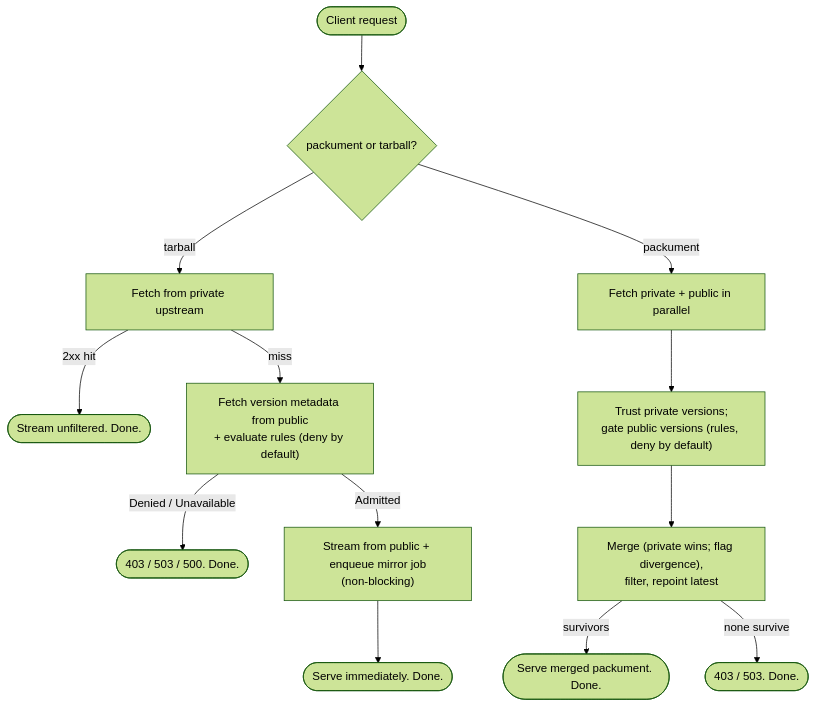
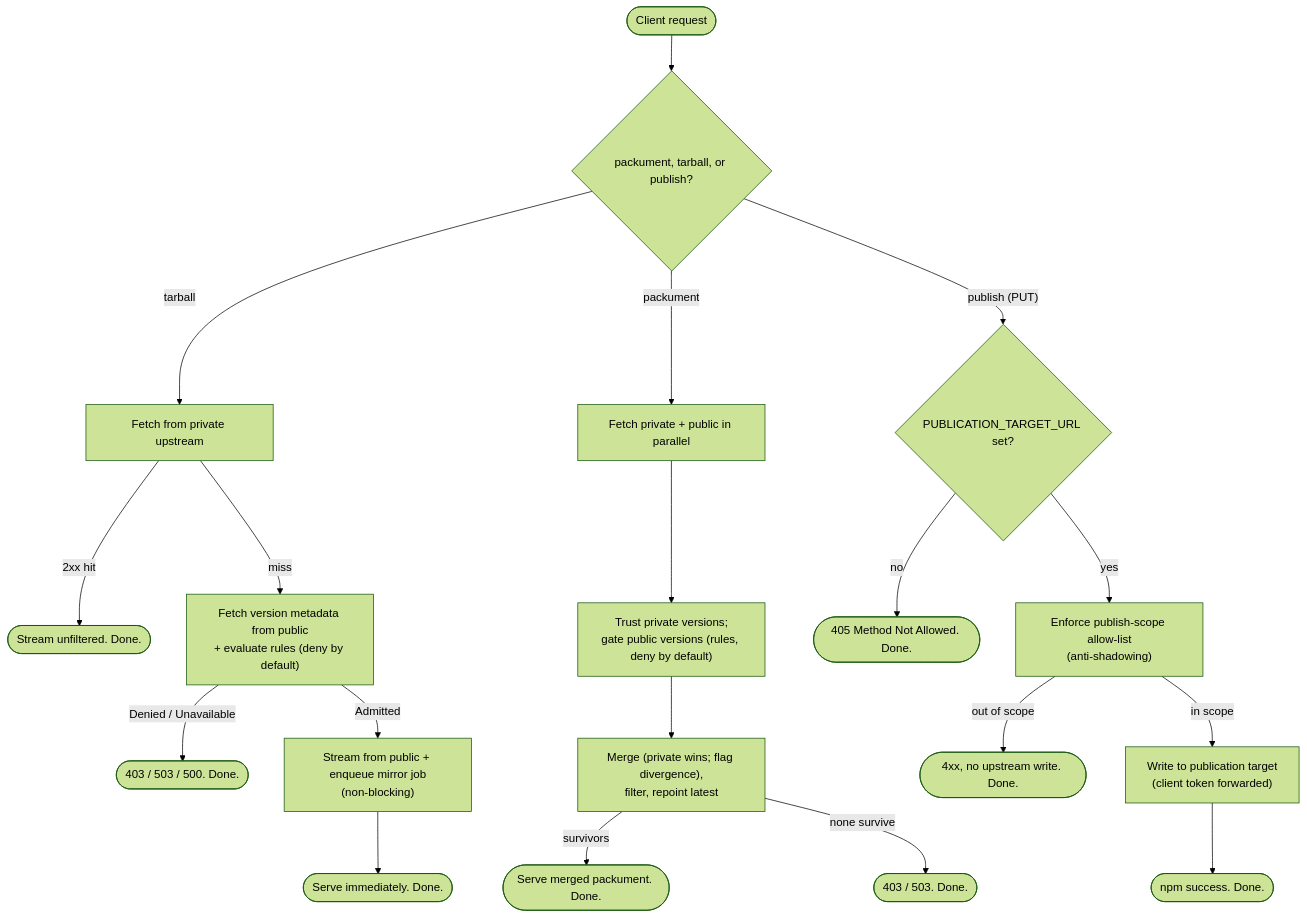
Before and after one commit to AlexaDeWit/Ecluse: the diagram in docs/architecture.md, drawn with Mermaid (forest theme). The commit also changed other lines of this file and 2 other files, not shown here.

First line of the commit message:
docs(architecture): update diagrams for the four-role model (publication target) (#238)

````diff
--- a/docs/architecture.md
+++ b/docs/architecture.md
@@ -41,17 +41,24 @@
 ```mermaid
 flowchart TD
-    C(["Client request"]) --> K{"packument or tarball?"}
+    C(["Client request"]) --> K{"packument, tarball, or publish?"}
 
     K -->|"tarball"| T1["Fetch from private upstream"]
     T1 -->|"2xx hit"| TSV(["Stream unfiltered. Done."])
     T1 -->|"miss"| T2["Fetch version metadata from public<br/>+ evaluate rules (deny by default)"]
     T2 -->|"Denied / Unavailable"| TD(["403 / 503 / 500. Done."])
     T2 -->|"Admitted"| T3["Stream from public + enqueue mirror job<br/>(non-blocking)"]
     T3 --> TSV2(["Serve immediately. Done."])
 
     K -->|"packument"| P1["Fetch private + public in parallel"]
     P1 --> P2["Trust private versions;<br/>gate public versions (rules, deny by default)"]
     P2 --> P3["Merge (private wins; flag divergence),<br/>filter, repoint latest"]
     P3 -->|"survivors"| PSV(["Serve merged packument. Done."])
     P3 -->|"none survive"| PD(["403 / 503. Done."])
+
+    K -->|"publish (PUT)"| W1{"PUBLICATION_TARGET_URL set?"}
+    W1 -->|"no"| W405(["405 Method Not Allowed. Done."])
+    W1 -->|"yes"| W2["Enforce publish-scope allow-list<br/>(anti-shadowing)"]
+    W2 -->|"out of scope"| WR(["4xx, no upstream write. Done."])
+    W2 -->|"in scope"| W3["Write to publication target<br/>(client token forwarded)"]
+    W3 --> WSV(["npm success. Done."])
 ```
````
